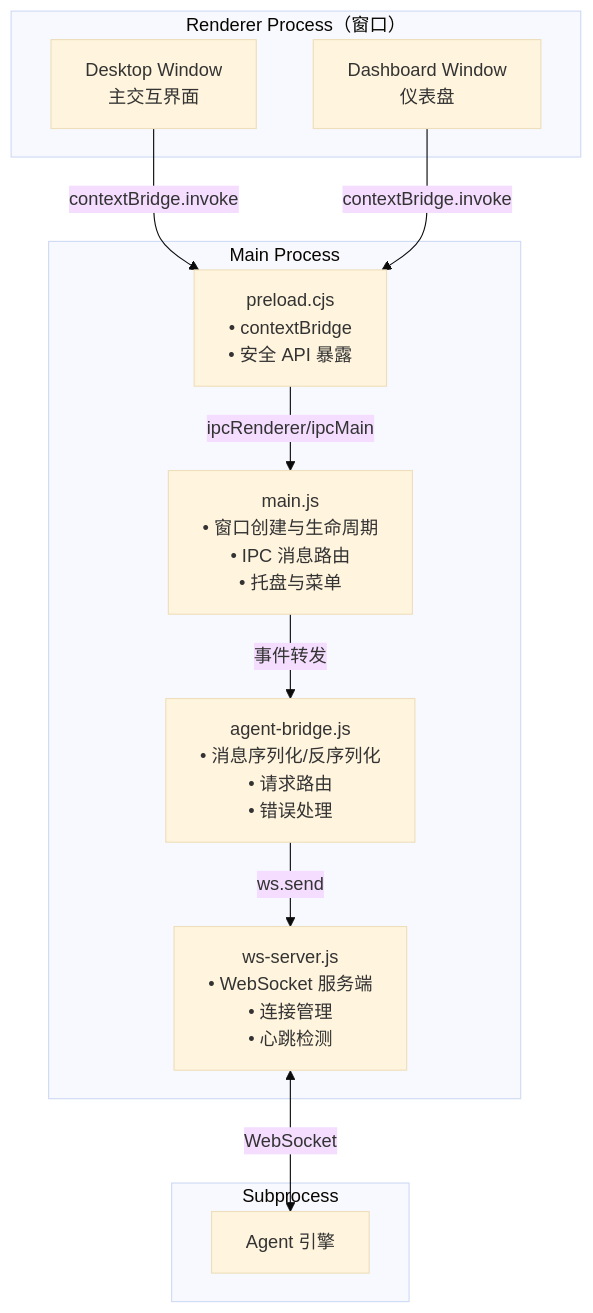
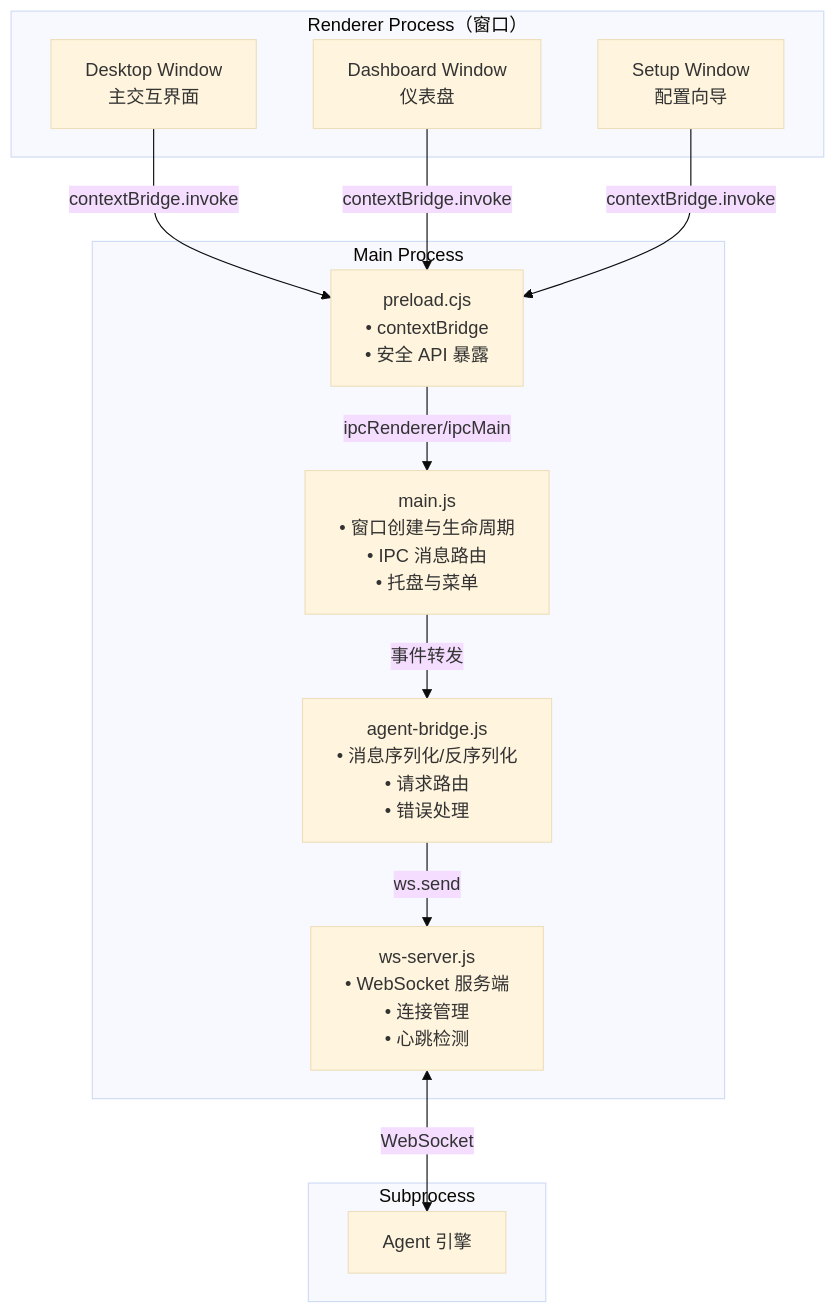
One commit to 1486853830/CogitoAgent changed the sixth of 7 diagrams in introduction/architecture.md. Above: the diagram before and after it, drawn with Mermaid (base theme). The commit also changed other lines of this file and 5 other files, not shown here.

````diff
--- a/introduction/architecture.md
+++ b/introduction/architecture.md
@@ -230,25 +246,27 @@
 ```mermaid
 flowchart TB
     subgraph Renderer["Renderer Process（窗口）"]
         DesktopWin["Desktop Window<br/>主交互界面"]
         DashWin["Dashboard Window<br/>仪表盘"]
+        SetupWin["Setup Window<br/>配置向导"]
     end
 
     subgraph MainProcess["Main Process"]
         MainJS["main.js<br/>• 窗口创建与生命周期<br/>• IPC 消息路由<br/>• 托盘与菜单"]
         Preload["preload.cjs<br/>• contextBridge<br/>• 安全 API 暴露"]
         AgentBridge["agent-bridge.js<br/>• 消息序列化/反序列化<br/>• 请求路由<br/>• 错误处理"]
         WSServer["ws-server.js<br/>• WebSocket 服务端<br/>• 连接管理<br/>• 心跳检测"]
     end
 
     subgraph Subprocess["Subprocess"]
         Agent["Agent 引擎"]
     end
 
     DesktopWin -->|"contextBridge.invoke"| Preload
     DashWin -->|"contextBridge.invoke"| Preload
+    SetupWin -->|"contextBridge.invoke"| Preload
     Preload -->|"ipcRenderer/ipcMain"| MainJS
     MainJS -->|"事件转发"| AgentBridge
     AgentBridge -->|"ws.send"| WSServer
     WSServer <-->|"WebSocket"| Agent
 ```
````
